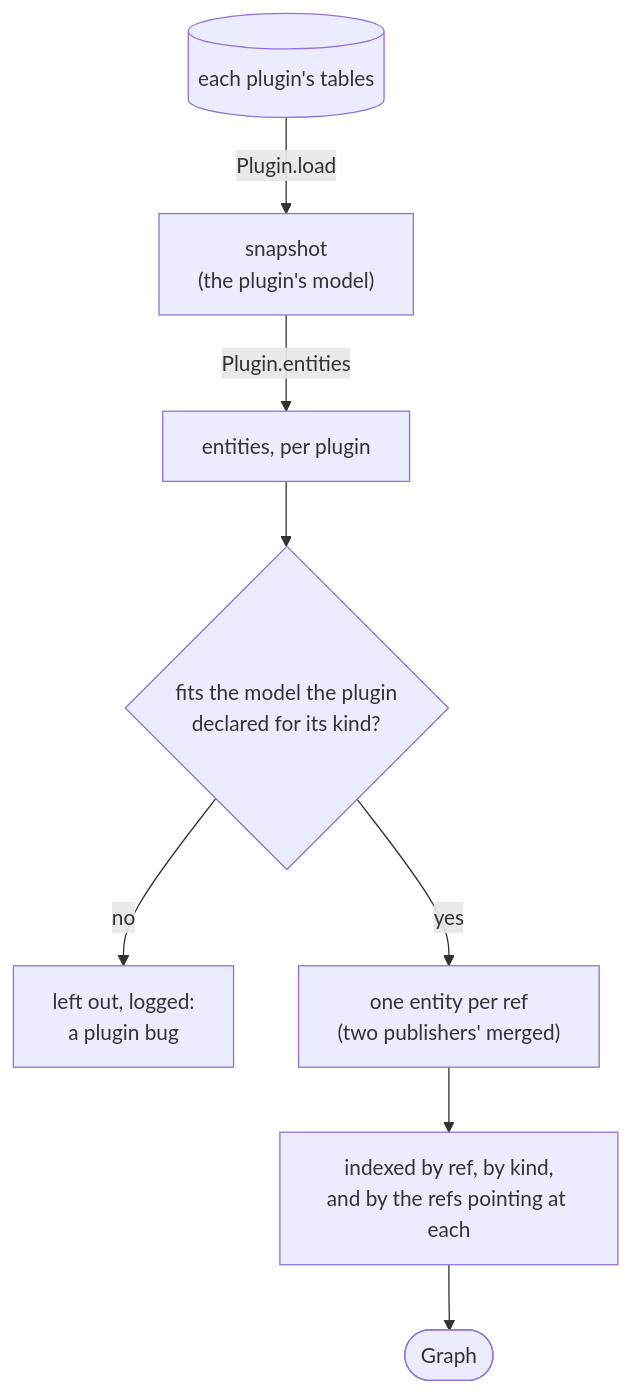
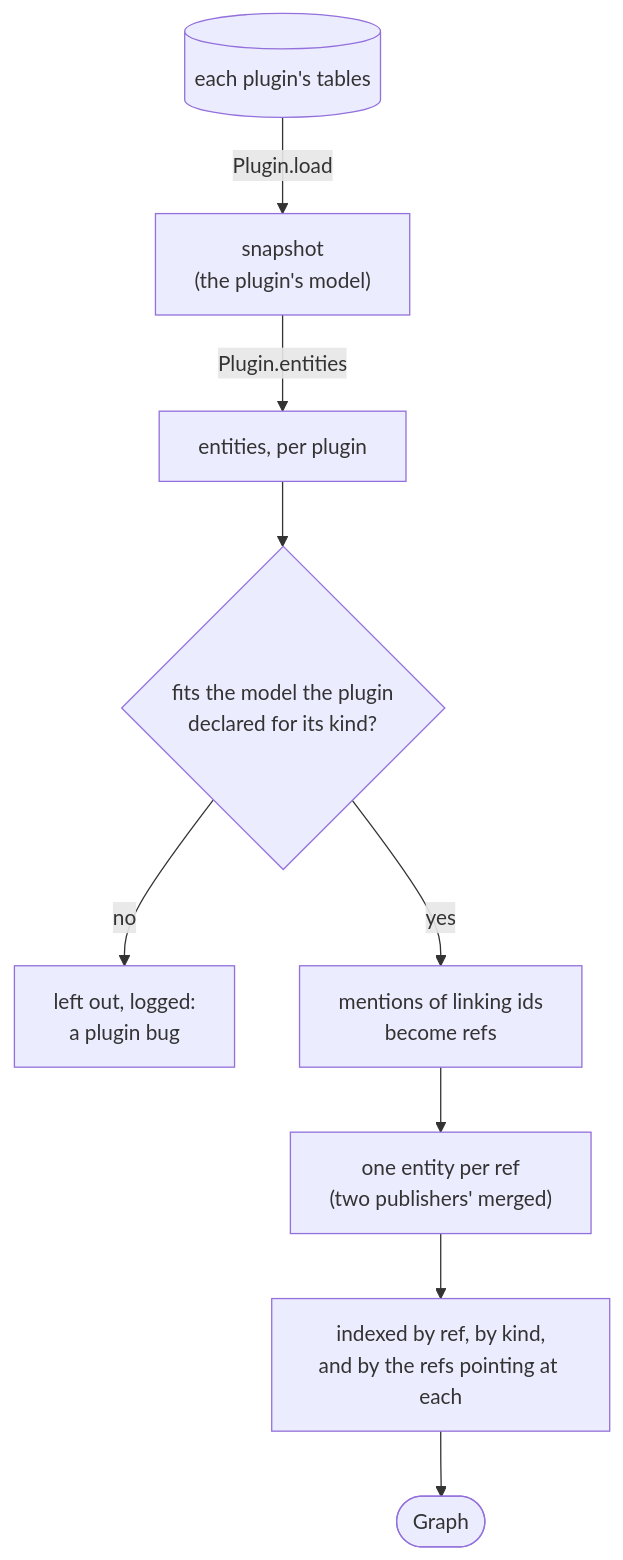
The second of 4 diagrams in docs/graph.md (benekastah/move-forward), drawn with Mermaid before and after one commit. The commit also changed other lines of this file and 10 other files, not shown here.

````diff
--- a/docs/graph.md
+++ b/docs/graph.md
@@ -51,10 +52,11 @@
 ```mermaid
 flowchart TB
     tables[("each plugin's tables")] -->|"Plugin.load"| snapshot["snapshot<br/>(the plugin's model)"]
     snapshot -->|"Plugin.entities"| published["entities, per plugin"]
     published --> check{"fits the model the plugin<br/>declared for its kind?"}
     check -->|no| dropped["left out, logged:<br/>a plugin bug"]
-    check -->|yes| merge["one entity per ref<br/>(two publishers' merged)"]
+    check -->|yes| mentions["mentions of linking ids<br/>become refs"]
+    mentions --> merge["one entity per ref<br/>(two publishers' merged)"]
     merge --> index["indexed by ref, by kind,<br/>and by the refs pointing at each"]
     index --> built(["Graph"])
 ```
````
